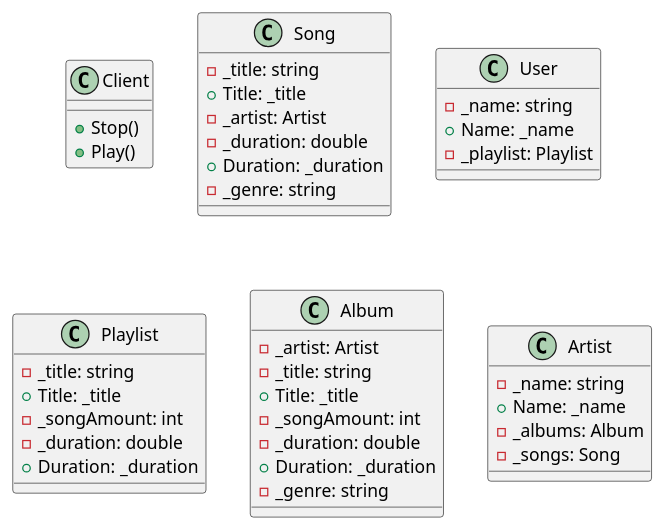
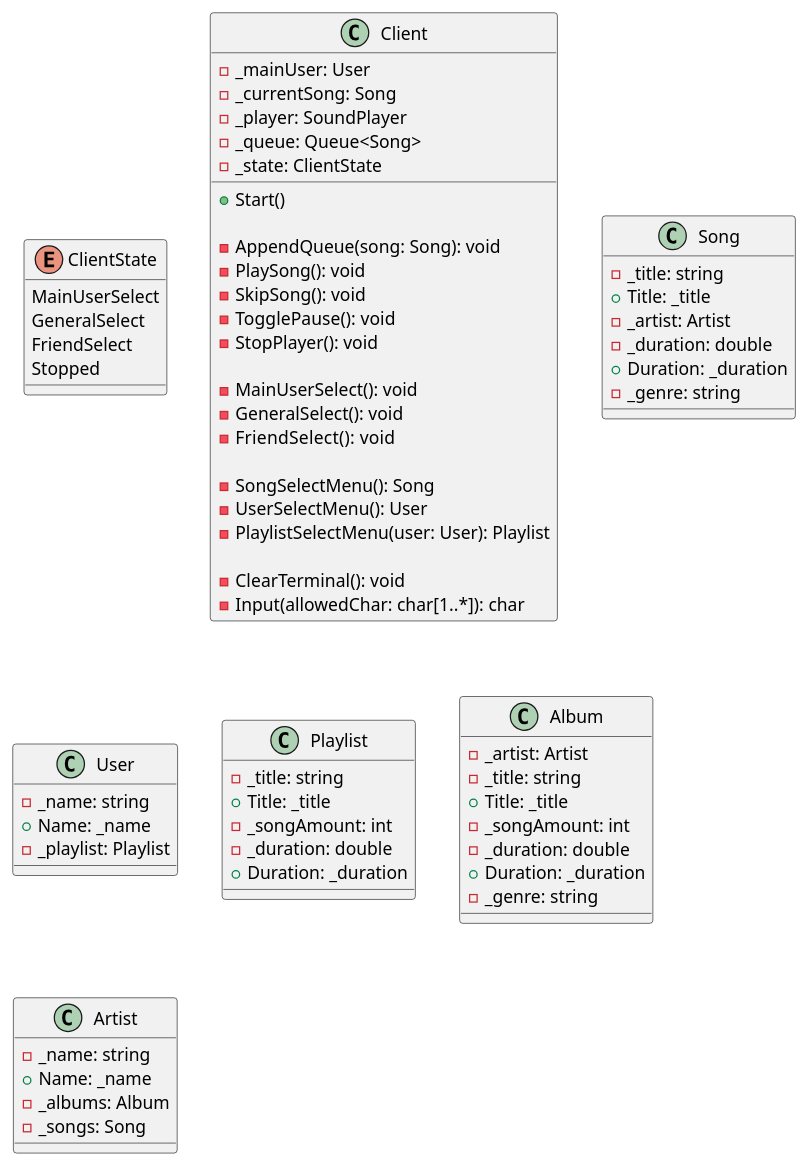
One commit to A-A-Tel/media-player changed the diagram in class-diagram.puml. Above: the diagram before and after it, drawn with PlantUML.

Commit message:
added client class

```diff
--- a/class-diagram.puml
+++ b/class-diagram.puml
@@ -1,48 +1,81 @@
 @startuml
 
+enum ClientState {
+    MainUserSelect
+    GeneralSelect
+    FriendSelect
+    Stopped
+}
+
 class Client {
-    + Stop()
-    + Play()
+    - _mainUser: User
+    - _currentSong: Song
+    - _player: SoundPlayer
+    - _queue: Queue<Song>
+    - _state: ClientState
+    
+    + Start()
+    
+    ' commands
+    - AppendQueue(song: Song): void
+    - PlaySong(): void
+    - SkipSong(): void
+    - TogglePause(): void
+    - StopPlayer(): void
+    
+    ' state
+    - MainUserSelect(): void
+    - GeneralSelect(): void
+    - FriendSelect():  void
+    
+    ' menus
+    - SongSelectMenu(): Song
+    - UserSelectMenu(): User
+    - PlaylistSelectMenu(user: User): Playlist
+    
+    ' helpers
+    - ClearTerminal(): void
+    - Input(allowedChar: char[1..*]): char
 }
 
 class Song {
     - _title: string
     + Title: _title
     - _artist: Artist
     - _duration: double
     + Duration: _duration
     - _genre: string
 }
 
 class User {
     - _name: string
     + Name: _name
     - _playlist: Playlist
 }
 
 class Playlist {
     - _title: string
     + Title: _title
     - _songAmount: int
     - _duration: double
     + Duration: _duration
 }
 
 class Album {
     - _artist: Artist
     - _title: string
     + Title: _title
     - _songAmount: int
     - _duration: double
     + Duration: _duration
     - _genre: string
 } 
 
 class Artist {
     - _name: string
     + Name: _name
     - _albums: Album
     - _songs: Song
 }
 
 @enduml
```
